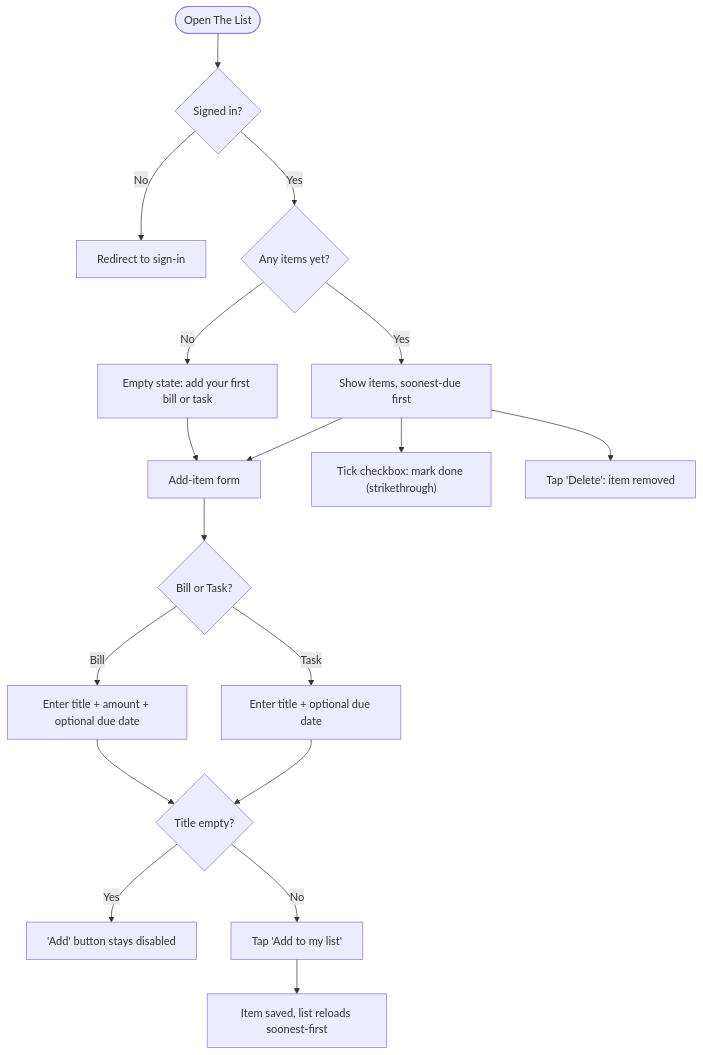
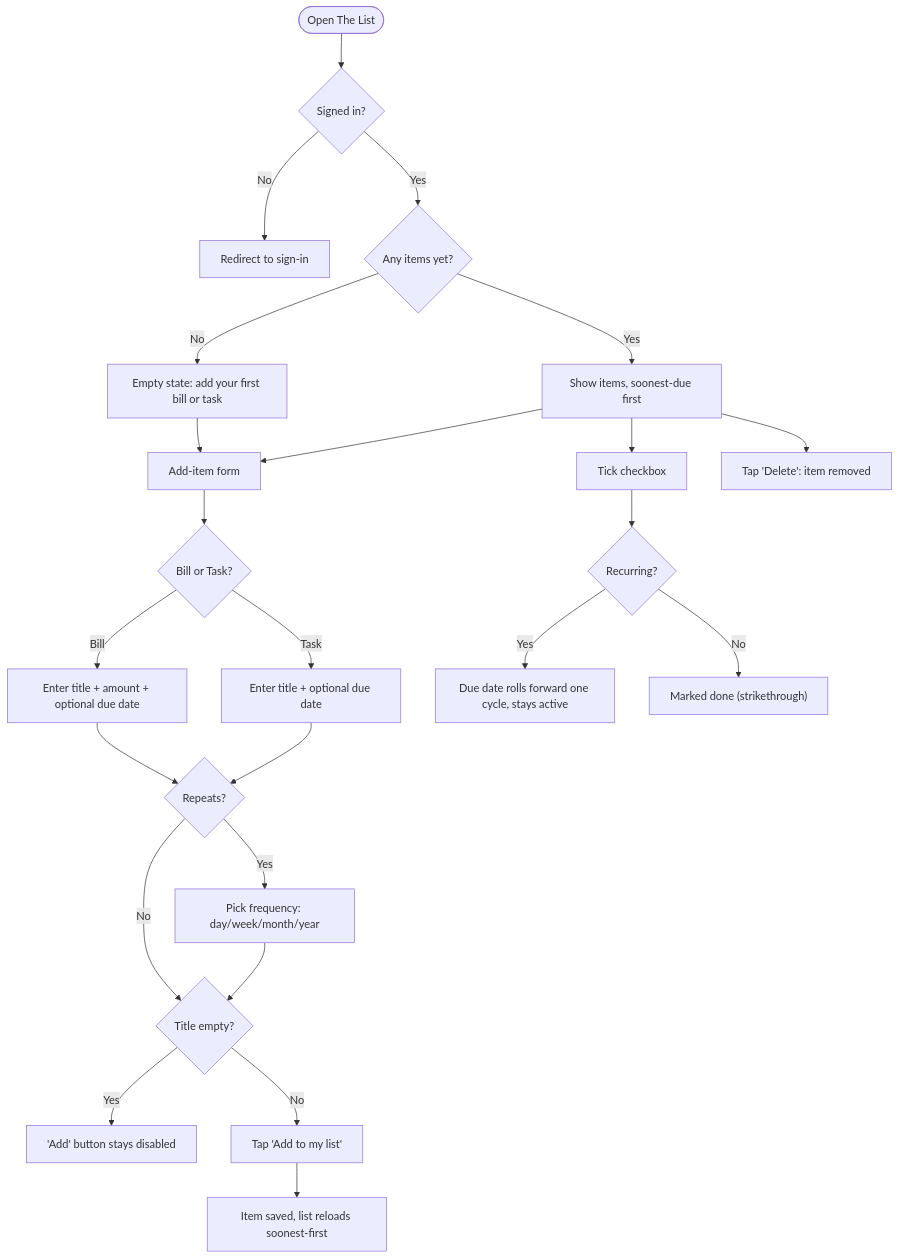
The fourth of 5 diagrams in docs/flows.md (camcamrg/Week-3-ADHD-Budgeting-App), drawn with Mermaid before and after one commit. The commit also changed other lines of this file and 1 other file, not shown here.

Commit message:
Document recurring items in use cases, BDD, and flows

````diff
--- a/docs/flows.md
+++ b/docs/flows.md
@@ -77,20 +77,26 @@
 ```mermaid
 flowchart TD
     A([Open The List]) --> G{Signed in?}
     G -- No --> GL[Redirect to sign-in]
     G -- Yes --> B{Any items yet?}
     B -- No --> C["Empty state: add your first bill or task"]
     B -- Yes --> D["Show items, soonest-due first"]
     C --> E[Add-item form]
     D --> E
     E --> F{Bill or Task?}
     F -- Bill --> BH[Enter title + amount + optional due date]
     F -- Task --> TH[Enter title + optional due date]
-    BH --> J{Title empty?}
-    TH --> J
+    BH --> RP{Repeats?}
+    TH --> RP
+    RP -- Yes --> RF[Pick frequency: day/week/month/year]
+    RP -- No --> J{Title empty?}
+    RF --> J
     J -- Yes --> K["'Add' button stays disabled"]
     J -- No --> L["Tap 'Add to my list'"]
     L --> M[Item saved, list reloads soonest-first]
-    D --> N["Tick checkbox: mark done (strikethrough)"]
+    D --> CK[Tick checkbox]
+    CK --> RC{Recurring?}
+    RC -- Yes --> RR["Due date rolls forward one cycle, stays active"]
+    RC -- No --> DN["Marked done (strikethrough)"]
     D --> O["Tap 'Delete': item removed"]
 ```
````
